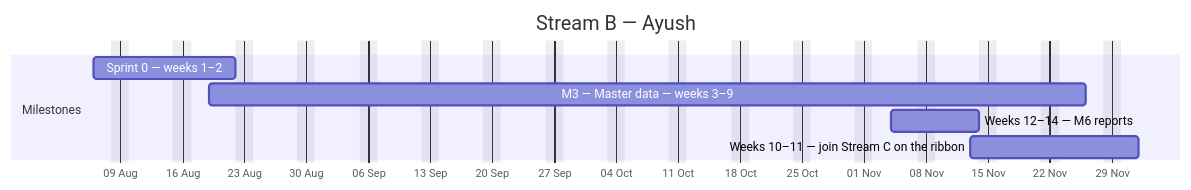
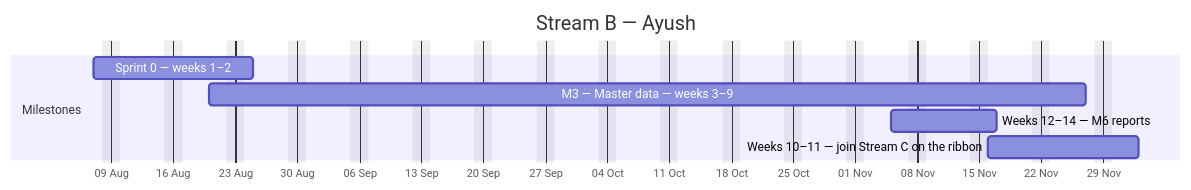
The second of 4 diagrams in docs/plan/GANTT.md (debashisedunext/EduTrack), drawn with Mermaid before and after one commit. The commit also changed other lines of this file and 3 other files, not shown here.

````diff
--- a/docs/plan/GANTT.md
+++ b/docs/plan/GANTT.md
@@ -127,12 +147,12 @@
 ```mermaid
 gantt
     dateFormat YYYY-MM-DD
     axisFormat %d %b
     title Stream B — Ayush
     excludes weekends
     section Milestones
-    Sprint 0 — weeks 1–2 :b0, 2026-08-06, 12d
-    M3 — Master data — weeks 3–9 :b1, 2026-08-19, 71d
-    Weeks 12–14 — M6 reports :b2, 2026-11-04, 8d
-    Weeks 10–11 — join Stream C on the ribbon :b3, 2026-11-13, 13d
+    Sprint 0 — weeks 1–2 :b0, 2026-08-07, 12d
+    M3 — Master data — weeks 3–9 :b1, 2026-08-20, 71d
+    Weeks 12–14 — M6 reports :b2, 2026-11-05, 8d
+    Weeks 10–11 — join Stream C on the ribbon :b3, 2026-11-16, 13d
 ```
````
